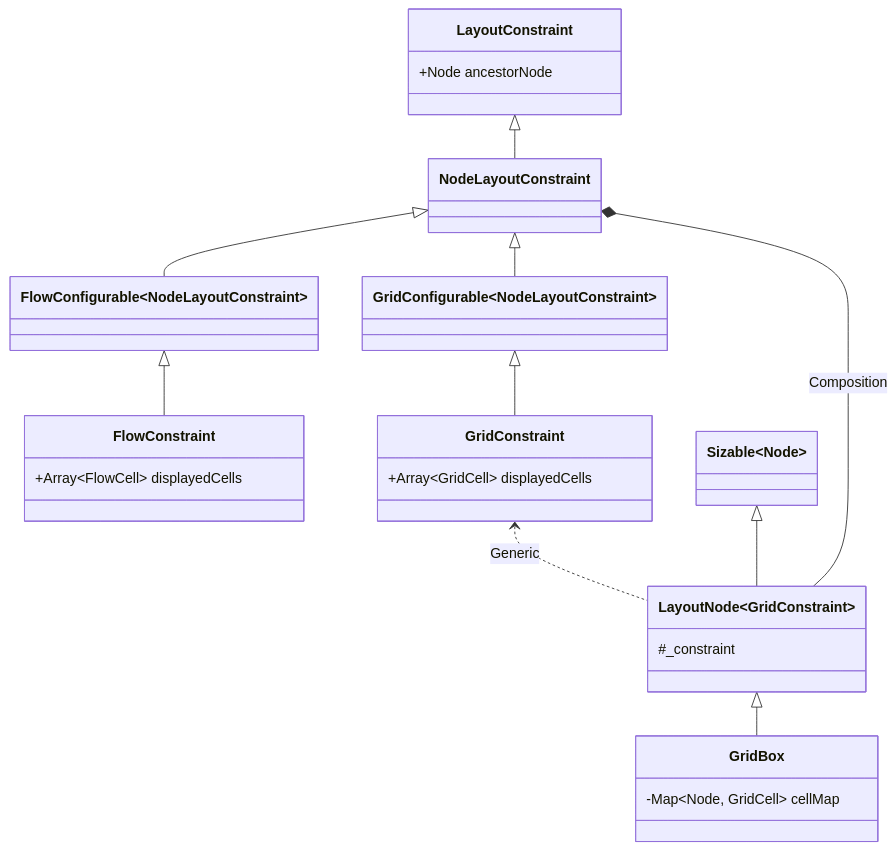
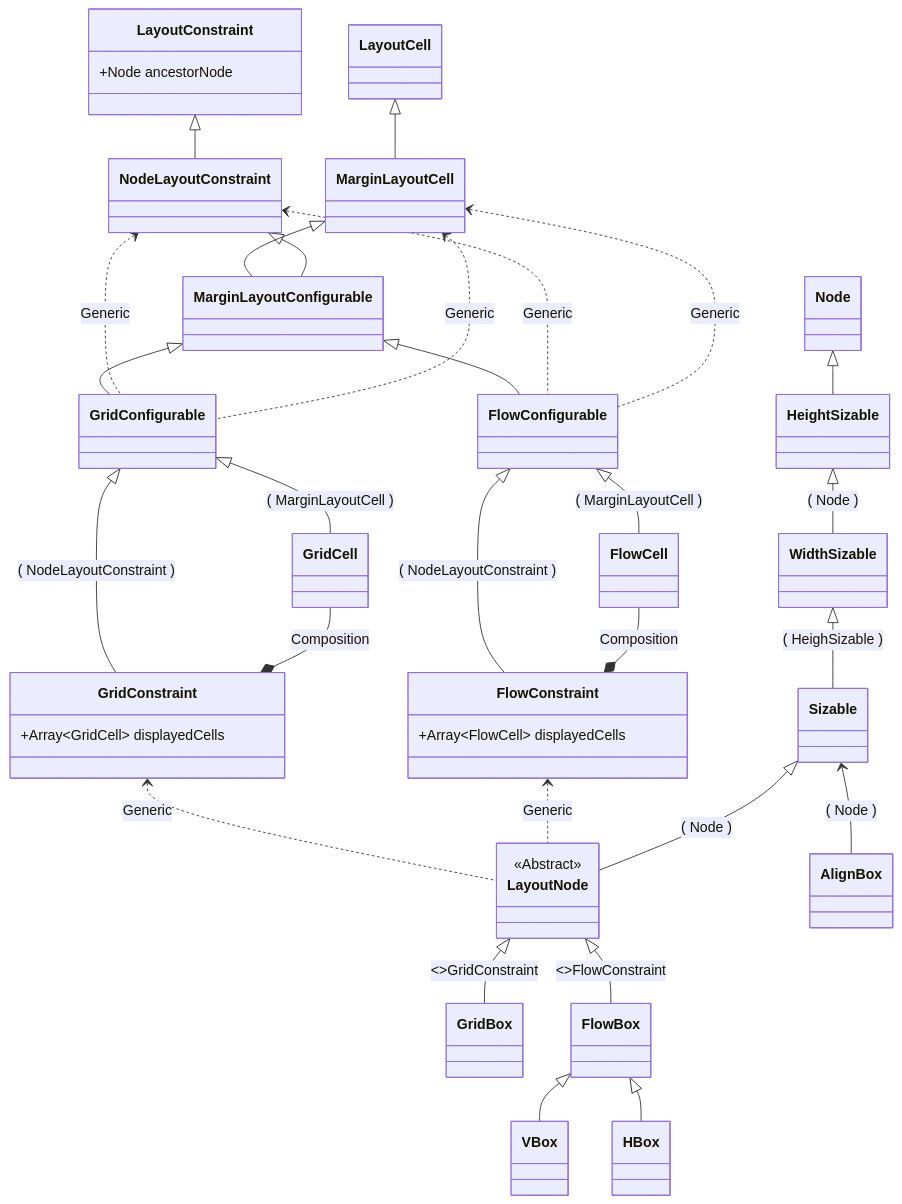
Before and after one commit to phetsims/scenery: the diagram in doc/layout-implementation-notes.md, drawn with Mermaid.

Commit message:
Extend class diagram to VBox/HBox, FlowCell, and GridCell, see: https://github.com/phetsims/scenery/issues/1464

````diff
--- a/doc/layout-implementation-notes.md
+++ b/doc/layout-implementation-notes.md
@@ -1,38 +1,72 @@
  ```mermaid
  classDiagram
+    class MarginLayoutConfigurable
+    class MarginLayoutCell
+    
+    LayoutCell<|--MarginLayoutCell
+    
+    MarginLayoutCell<|--MarginLayoutConfigurable
+    NodeLayoutConstraint<|--MarginLayoutConfigurable
+    
+    MarginLayoutConfigurable<|--GridConfigurable
+    MarginLayoutConfigurable<|--FlowConfigurable
+    
+    class GridConfigurable
+    class FlowConfigurable
+    
+    GridConfigurable <|-- GridConstraint:( NodeLayoutConstraint ) 
+    FlowConfigurable <|-- FlowConstraint: ( NodeLayoutConstraint )
+    
     LayoutConstraint <|-- NodeLayoutConstraint
-    NodeLayoutConstraint <|-- FlowConfigurable~NodeLayoutConstraint~ 
-    NodeLayoutConstraint <|-- GridConfigurable~NodeLayoutConstraint~ 
-    FlowConfigurable~NodeLayoutConstraint~ <|-- FlowConstraint
-    GridConfigurable~NodeLayoutConstraint~ <|-- GridConstraint
+    NodeLayoutConstraint <.. GridConfigurable:Generic 
+    NodeLayoutConstraint <.. FlowConfigurable:Generic 
+
     class LayoutConstraint{
         +Node ancestorNode
     }
-    class NodeLayoutConstraint{
-        
-    }
-    class FlowConstraint{
-        +Array~FlowCell~ displayedCells
-        
-    }
+    class NodeLayoutConstraint
     class GridConstraint{
         +Array~GridCell~ displayedCells
     }
-    class FlowConfigurable~NodeLayoutConstraint~{
+    class FlowConstraint{
+        +Array~FlowCell~ displayedCells    
     }
-    class GridConfigurable~NodeLayoutConstraint~{
+
+    GridConstraint <.. LayoutNode: Generic
+    FlowConstraint <.. LayoutNode: Generic
+    
+    class Sizable
+    Node<|--HeightSizable
+    HeightSizable<|--WidthSizable: ( Node )
+    WidthSizable<|--Sizable: ( HeighSizable )
+    Sizable <|-- LayoutNode: ( Node )
+    
+    class LayoutNode{
+    <<Abstract>>
     }
-    GridConstraint <.. LayoutNode~GridConstraint~: Generic
-    Sizable~Node~ <|-- LayoutNode~GridConstraint~
-    LayoutNode~GridConstraint~ <|-- GridBox
-    class Sizable~Node~{
-    }
-    NodeLayoutConstraint *-- LayoutNode~GridConstraint~: Composition
-    class LayoutNode~GridConstraint~{
-        #_constraint
-    }
-    class GridBox{
-    -Map~Node, GridCell~ cellMap
-    }
+    LayoutNode <|-- GridBox: <>GridConstraint
+    LayoutNode <|-- FlowBox: <>FlowConstraint
     
+    class GridBox
+    class FlowBox
+    
+    GridConfigurable<|--GridCell: ( MarginLayoutCell )
+    MarginLayoutCell<..GridConfigurable: Generic
+    
+    FlowConfigurable<|--FlowCell: ( MarginLayoutCell )
+    MarginLayoutCell<..FlowConfigurable: Generic
+    
+    class GridCell
+    class FlowCell
+    
+    GridCell--*GridConstraint:Composition
+    FlowCell--*FlowConstraint:Composition
+    
+    class VBox
+    class HBox
+    FlowBox <|-- VBox
+    FlowBox <|-- HBox
+    
+    class AlignBox
+    Sizable <-- AlignBox: ( Node )
  ```
````
